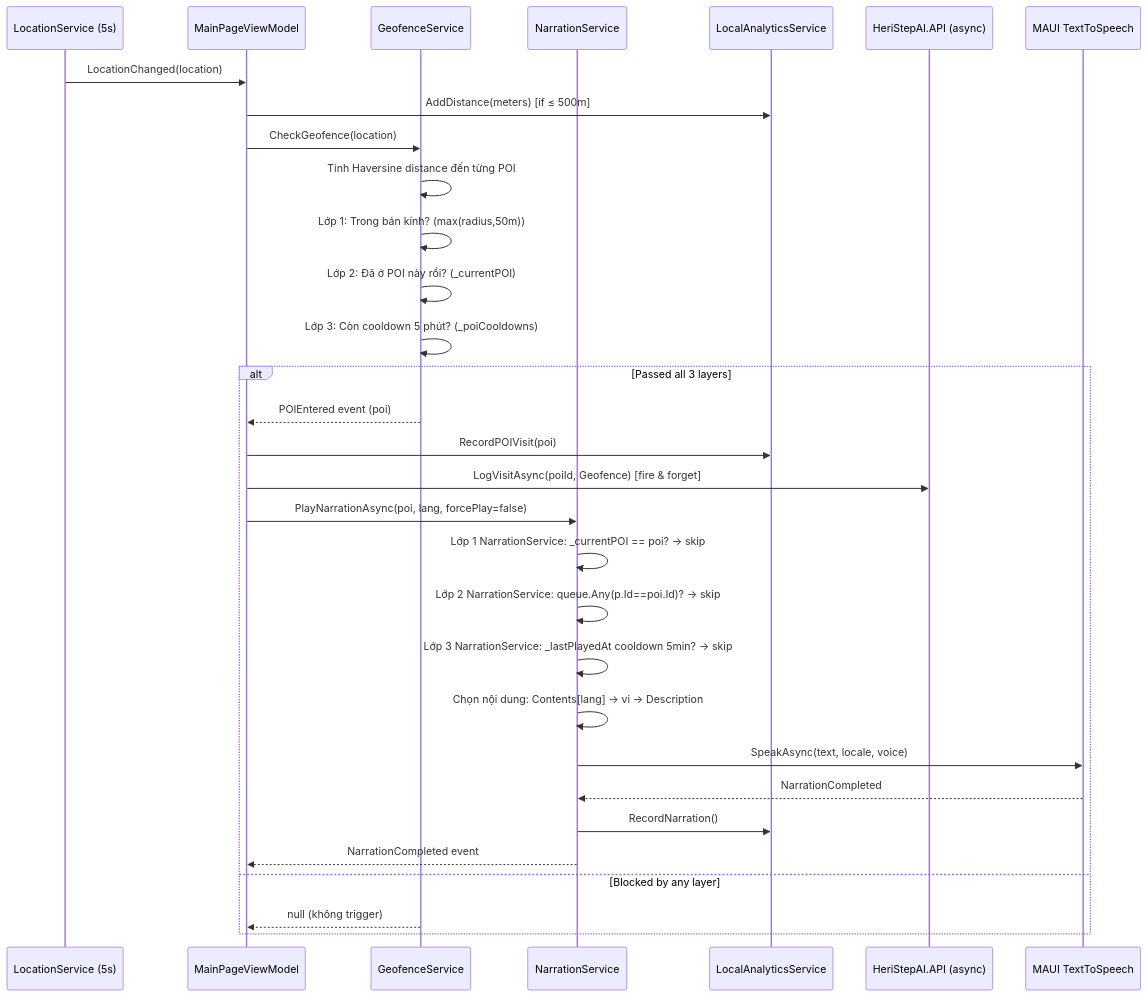
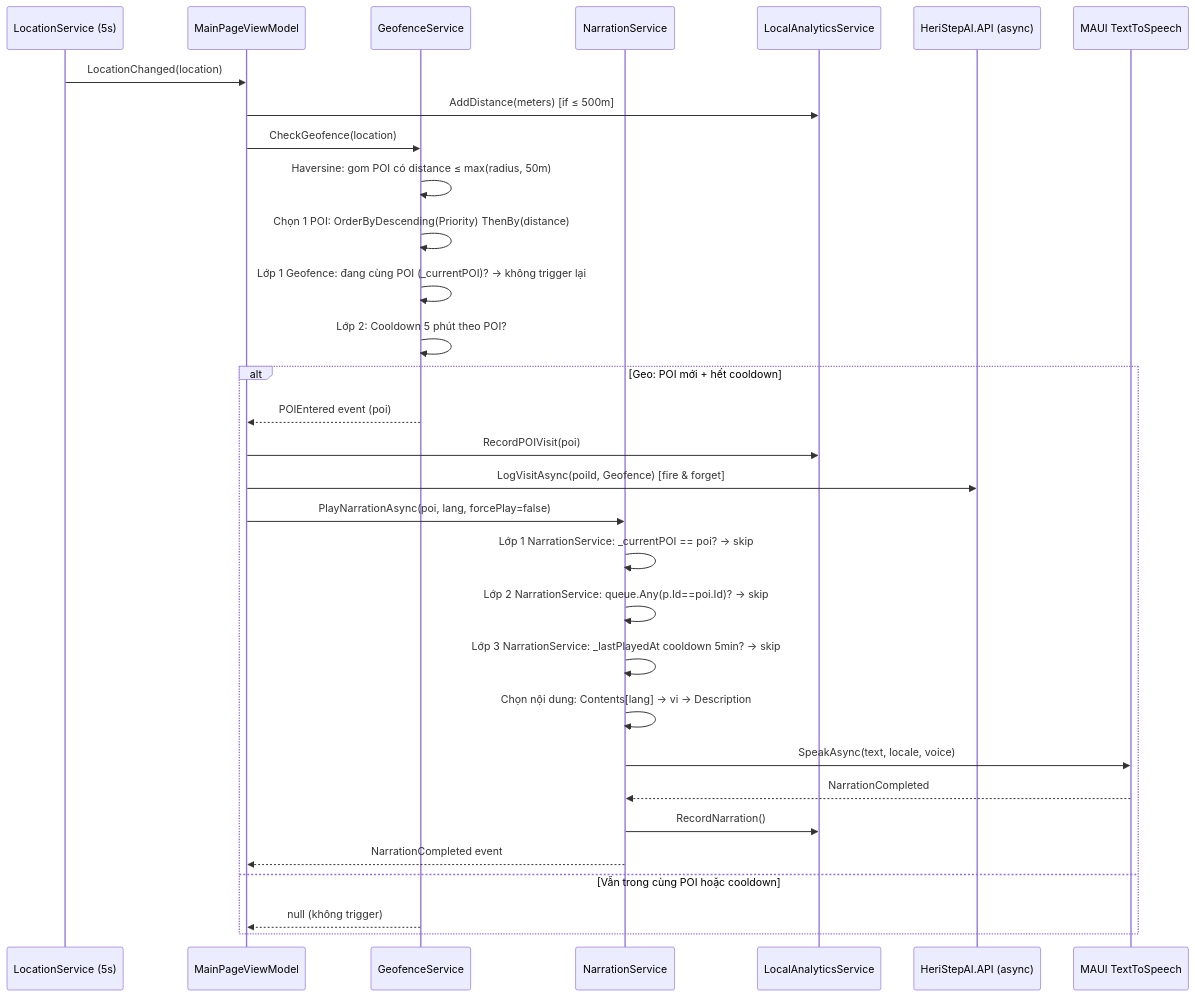
One commit to KhanhChung2k5/k_tour changed diagram 14 of 44 in docs/PRODUCT_REQUIREMENTS.md. Above: the diagram before and after it, drawn with Mermaid. The commit also changed other lines of this file, not shown here.

````diff
--- a/docs/PRODUCT_REQUIREMENTS.md
+++ b/docs/PRODUCT_REQUIREMENTS.md
@@ -865,34 +915,34 @@
 ```mermaid
 sequenceDiagram
     participant GPS as LocationService (5s)
     participant Main as MainPageViewModel
     participant Geo as GeofenceService
     participant Narr as NarrationService
     participant Analytics as LocalAnalyticsService
     participant API as HeriStepAI.API (async)
     participant TTS as MAUI TextToSpeech
 
     GPS->>Main: LocationChanged(location)
     Main->>Analytics: AddDistance(meters) [if ≤ 500m]
     Main->>Geo: CheckGeofence(location)
-    Geo->>Geo: Tính Haversine distance đến từng POI
-    Geo->>Geo: Lớp 1: Trong bán kính? (max(radius,50m))
-    Geo->>Geo: Lớp 2: Đã ở POI này rồi? (_currentPOI)
-    Geo->>Geo: Lớp 3: Còn cooldown 5 phút? (_poiCooldowns)
-    alt Passed all 3 layers
+    Geo->>Geo: Haversine: gom POI có distance ≤ max(radius, 50m)
+    Geo->>Geo: Chọn 1 POI: OrderByDescending(Priority) ThenBy(distance)
+    Geo->>Geo: Lớp 1 Geofence: đang cùng POI (_currentPOI)? → không trigger lại
+    Geo->>Geo: Lớp 2: Cooldown 5 phút theo POI?
+    alt Geo: POI mới + hết cooldown
         Geo-->>Main: POIEntered event (poi)
         Main->>Analytics: RecordPOIVisit(poi)
         Main->>API: LogVisitAsync(poiId, Geofence) [fire & forget]
         Main->>Narr: PlayNarrationAsync(poi, lang, forcePlay=false)
         Narr->>Narr: Lớp 1 NarrationService: _currentPOI == poi? → skip
         Narr->>Narr: Lớp 2 NarrationService: queue.Any(p.Id==poi.Id)? → skip
         Narr->>Narr: Lớp 3 NarrationService: _lastPlayedAt cooldown 5min? → skip
         Narr->>Narr: Chọn nội dung: Contents[lang] → vi → Description
         Narr->>TTS: SpeakAsync(text, locale, voice)
         TTS-->>Narr: NarrationCompleted
         Narr->>Analytics: RecordNarration()
         Narr-->>Main: NarrationCompleted event
-    else Blocked by any layer
+    else Vẫn trong cùng POI hoặc cooldown
         Geo-->>Main: null (không trigger)
     end
 ```
````
